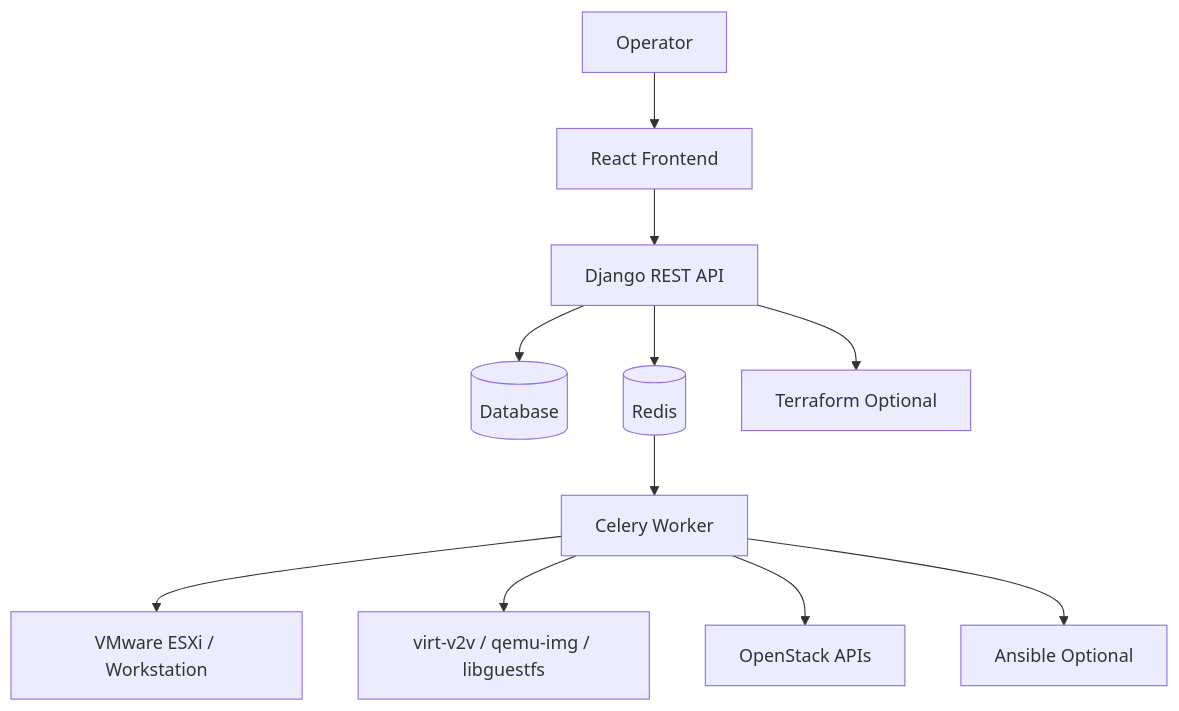
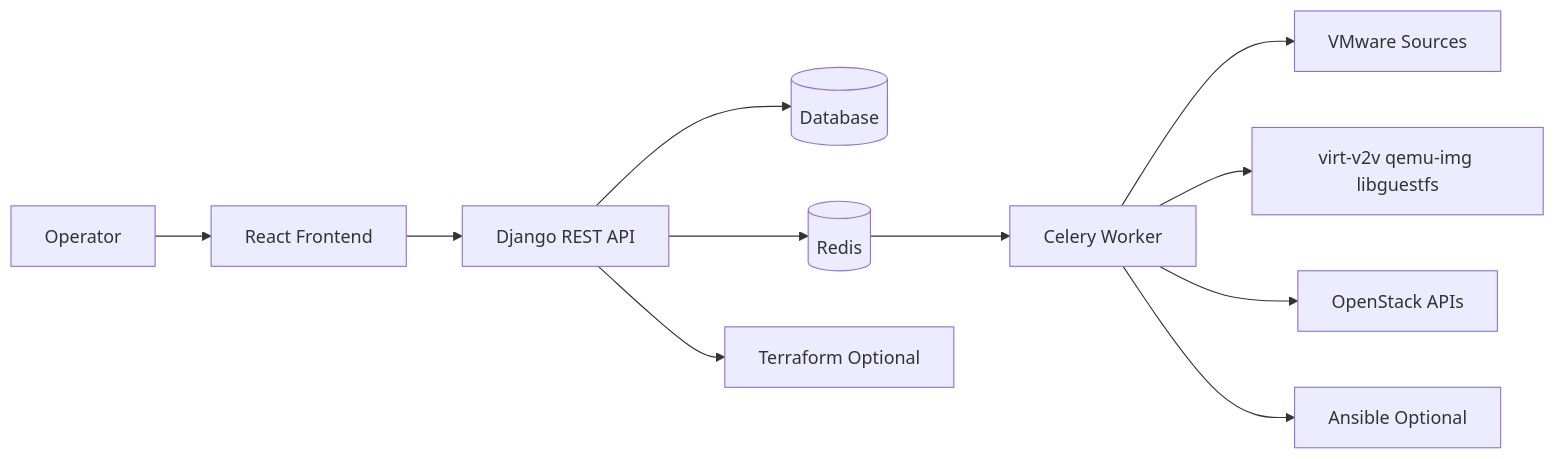
Before and after one commit to amineammari/vm-migrator: the first of 2 diagrams in README.md, drawn with Mermaid. The commit also changed other lines of this file and 29 other files, not shown here.

````diff
--- a/README.md
+++ b/README.md
@@ -100,15 +43,15 @@
-```mermaid
-graph TD
-  User[Operator] --> FE[React Frontend]
+~~~mermaid
+flowchart LR
+  U[Operator] --> FE[React Frontend]
   FE --> API[Django REST API]
   API --> DB[(Database)]
-  API --> Redis[(Redis)]
-  Redis --> Worker[Celery Worker]
+  API --> R[(Redis)]
+  R --> W[Celery Worker]
 
-  Worker --> VMware[VMware ESXi / Workstation]
-  Worker --> Tools[virt-v2v / qemu-img / libguestfs]
-  Worker --> OpenStack[OpenStack APIs]
+  W --> VMW[VMware Sources]
+  W --> TOOLS[virt-v2v qemu-img libguestfs]
+  W --> OS[OpenStack APIs]
 
   API --> TF[Terraform Optional]
-  Worker --> Ansible[Ansible Optional]
-```
+  W --> ANS[Ansible Optional]
+~~~
````
